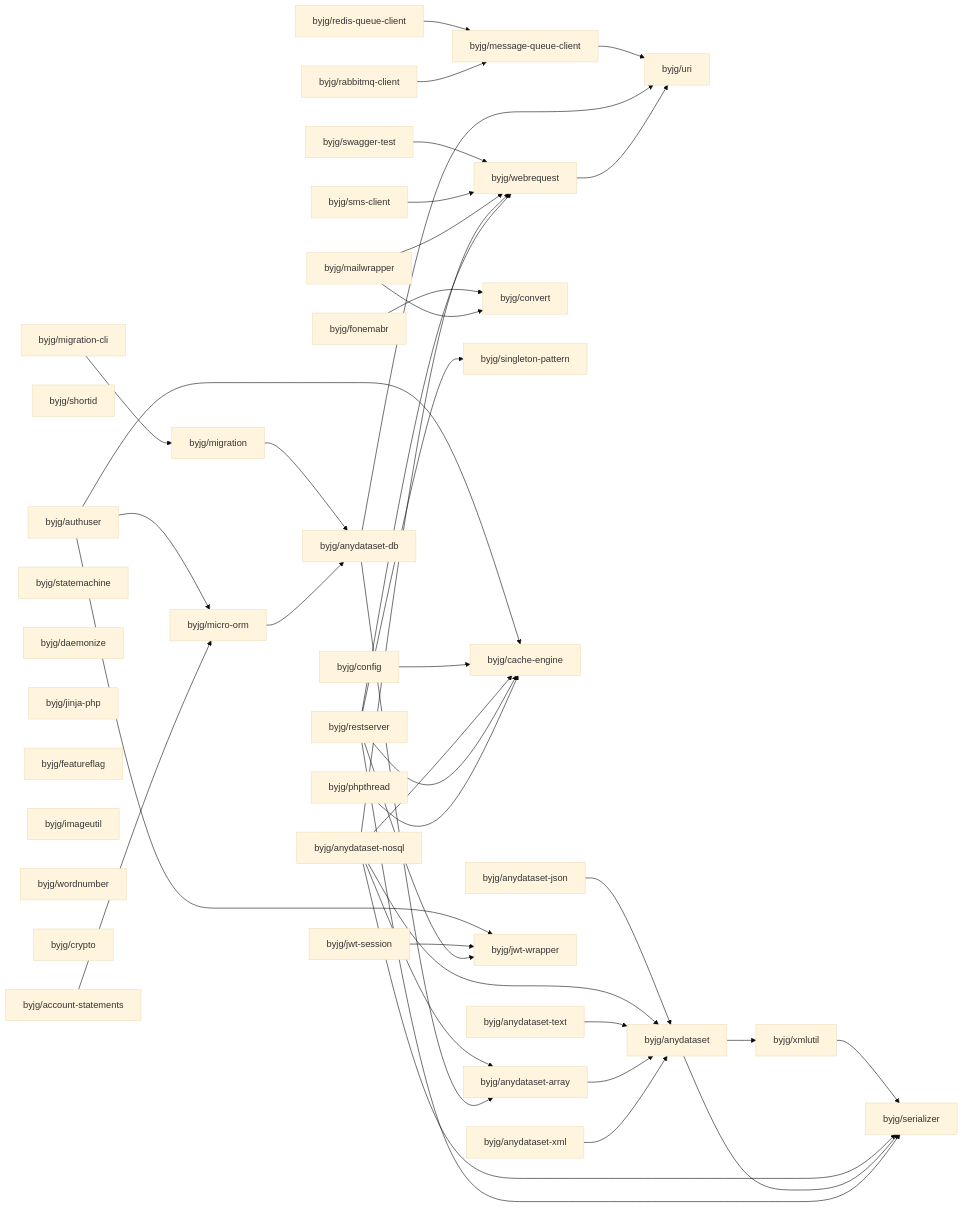
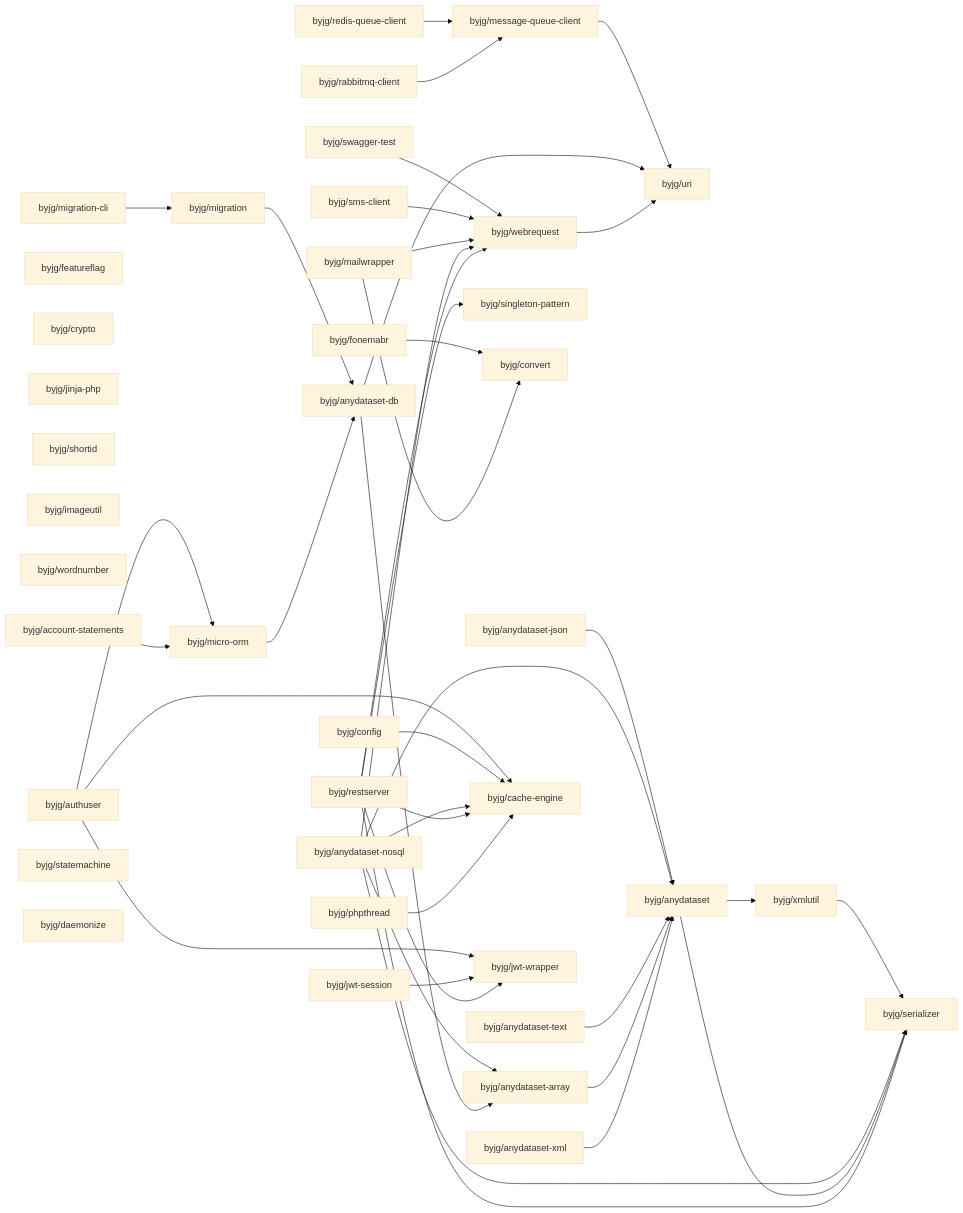
Before and after one commit to byjg/byjg.github.io: the diagram in docs/php/README.md, drawn with Mermaid (base theme). The commit also changed other lines of this file, not shown here.

Commit message:
Update documentation 'php' 'php-account-statements'

````diff
--- a/docs/php/README.md
+++ b/docs/php/README.md
@@ -3,80 +3,80 @@
 ```mermaid
 graph LR;
+  byjg/account-statements;
+  byjg/featureflag;
+  byjg/restserver;
+  byjg/anydataset-text;
+  byjg/fonemabr;
+  byjg/crypto;
+  byjg/jinja-php;
+  byjg/shortid;
+  byjg/imageutil;
+  byjg/anydataset-nosql;
+  byjg/wordnumber;
+  byjg/authuser;
   byjg/mailwrapper;
-  byjg/fonemabr;
-  byjg/anydataset-text;
+  byjg/phpthread;
+  byjg/migration-cli;
+  byjg/swagger-test;
+  byjg/anydataset-json;
   byjg/sms-client;
-  byjg/authuser;
-  byjg/shortid;
-  byjg/migration-cli;
   byjg/redis-queue-client;
+  byjg/anydataset-xml;
+  byjg/rabbitmq-client;
   byjg/statemachine;
+  byjg/config;
+  byjg/jwt-session;
   byjg/daemonize;
-  byjg/jinja-php;
-  byjg/jwt-session;
-  byjg/featureflag;
-  byjg/imageutil;
-  byjg/wordnumber;
-  byjg/anydataset-xml;
-  byjg/anydataset-json;
-  byjg/crypto;
-  byjg/phpthread;
-  byjg/account-statements;
-  byjg/anydataset-nosql;
-  byjg/swagger-test;
-  byjg/config;
-  byjg/restserver;
-  byjg/rabbitmq-client;
+  byjg/singleton-pattern;
+  byjg/micro-orm;
   byjg/convert;
   byjg/migration;
-  byjg/micro-orm;
-  byjg/singleton-pattern;
+  byjg/webrequest;
+  byjg/message-queue-client;
   byjg/cache-engine;
-  byjg/webrequest;
   byjg/jwt-wrapper;
-  byjg/message-queue-client;
   byjg/anydataset-db;
   byjg/anydataset-array;
   byjg/uri;
   byjg/anydataset;
   byjg/xmlutil;
   byjg/serializer;
   byjg/migration --> byjg/anydataset-db;
   byjg/fonemabr --> byjg/convert;
   byjg/swagger-test --> byjg/webrequest;
   byjg/authuser --> byjg/micro-orm;
   byjg/authuser --> byjg/cache-engine;
   byjg/authuser --> byjg/jwt-wrapper;
   byjg/config --> byjg/cache-engine;
   byjg/message-queue-client --> byjg/uri;
   byjg/sms-client --> byjg/webrequest;
   byjg/xmlutil --> byjg/serializer;
   byjg/anydataset-json --> byjg/anydataset;
   byjg/mailwrapper --> byjg/convert;
   byjg/mailwrapper --> byjg/webrequest;
   byjg/anydataset-nosql --> byjg/anydataset;
   byjg/anydataset-nosql --> byjg/anydataset-array;
   byjg/anydataset-nosql --> byjg/serializer;
   byjg/anydataset-nosql --> byjg/webrequest;
   byjg/anydataset-nosql --> byjg/cache-engine;
   byjg/migration-cli --> byjg/migration;
   byjg/redis-queue-client --> byjg/message-queue-client;
   byjg/jwt-session --> byjg/jwt-wrapper;
   byjg/anydataset --> byjg/serializer;
   byjg/anydataset --> byjg/xmlutil;
   byjg/anydataset-db --> byjg/anydataset-array;
   byjg/anydataset-db --> byjg/uri;
   byjg/anydataset-text --> byjg/anydataset;
   byjg/restserver --> byjg/serializer;
   byjg/restserver --> byjg/singleton-pattern;
   byjg/restserver --> byjg/cache-engine;
   byjg/restserver --> byjg/webrequest;
   byjg/restserver --> byjg/jwt-wrapper;
   byjg/account-statements --> byjg/micro-orm;
   byjg/webrequest --> byjg/uri;
   byjg/micro-orm --> byjg/anydataset-db;
   byjg/anydataset-array --> byjg/anydataset;
   byjg/anydataset-xml --> byjg/anydataset;
   byjg/phpthread --> byjg/cache-engine;
   byjg/rabbitmq-client --> byjg/message-queue-client;
 ```
````
